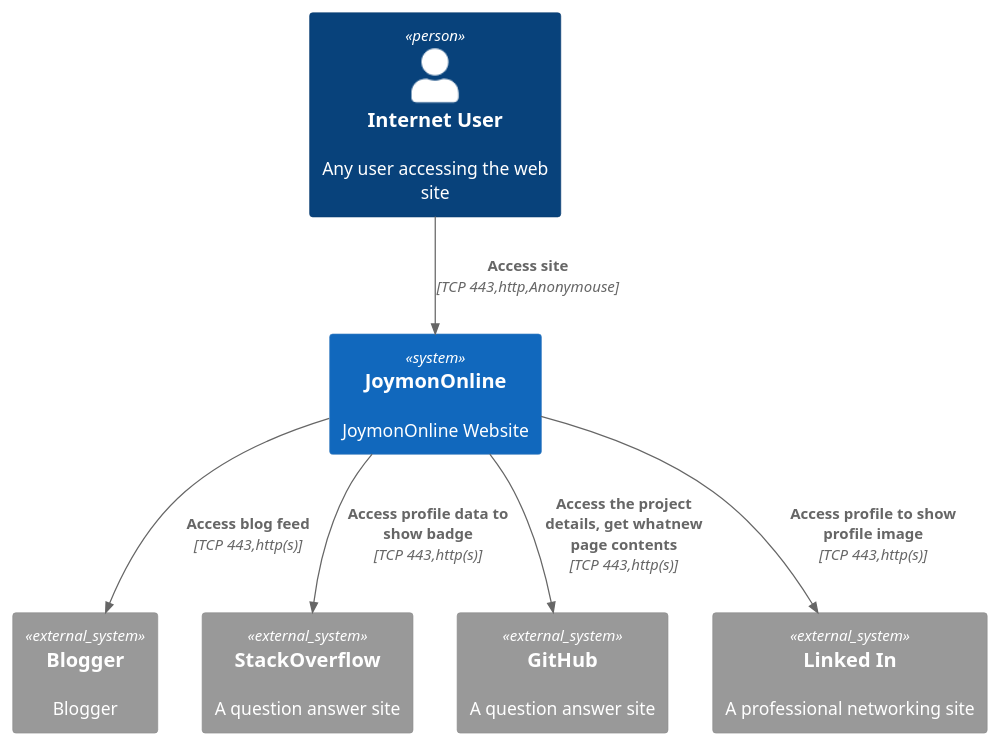
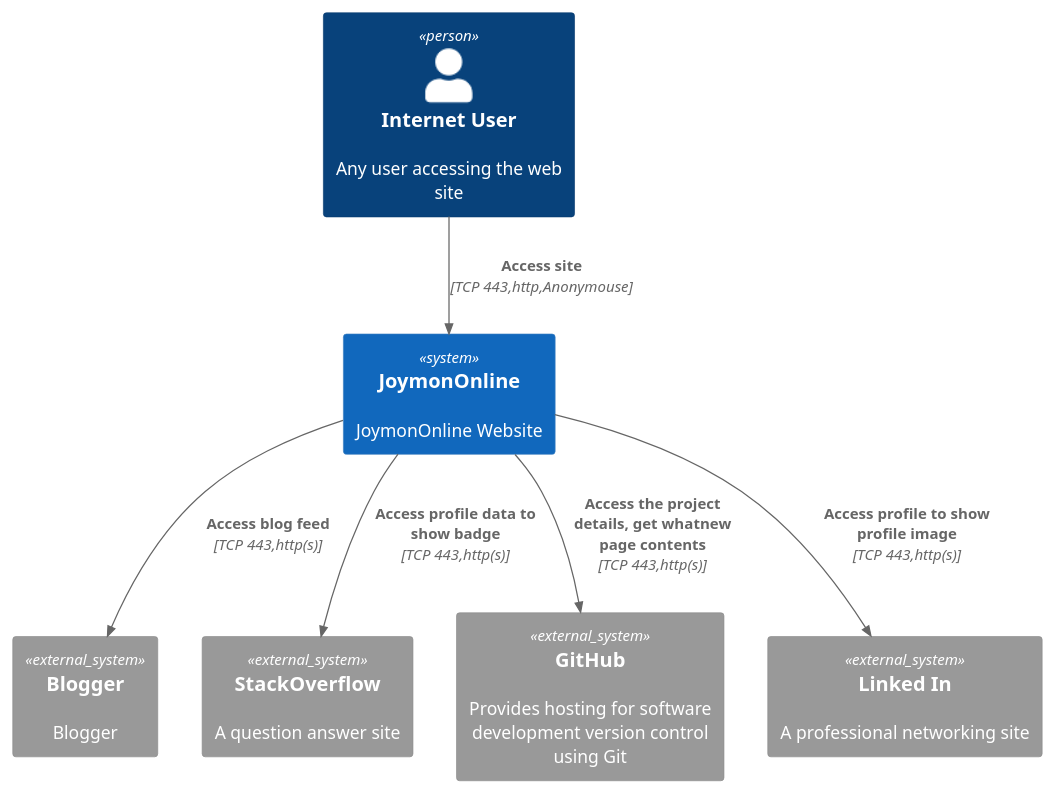
Before and after one commit to joymon/Demo-ASPNetIntergationTest: the diagram in diagrams/context.puml, drawn with PlantUML.

```diff
--- a/diagrams/context.puml
+++ b/diagrams/context.puml
@@ -1,15 +1,15 @@
 @startuml JoymonOnline_Context
 !includeurl https://raw.githubusercontent.com/RicardoNiepel/C4-PlantUML/release/1-0/C4_Container.puml
 
 Person(personAlias, "Internet User", "Any user accessing the web site")
 System(joymononline, "JoymonOnline", "JoymonOnline Website")
 System_Ext(blogger,"Blogger","Blogger")
 System_Ext(stackOverflow,"StackOverflow","A question answer site")
-System_Ext(github,"GitHub","A question answer site")
+System_Ext(github,"GitHub","Provides hosting for software development version control using Git")
 System_Ext(linkedIn,"Linked In","A professional networking site")
 Rel(personAlias, joymononline, "Access site", "TCP 443,http,Anonymouse")
 Rel(joymononline,blogger,"Access blog feed","TCP 443,http(s)")
 Rel(joymononline,stackOverflow,"Access profile data to show badge","TCP 443,http(s)")
 Rel(joymononline,github,"Access the project details, get whatnew page contents","TCP 443,http(s)")
 Rel(joymononline,linkedIn,"Access profile to show profile image","TCP 443,http(s)")
 @enduml
```
